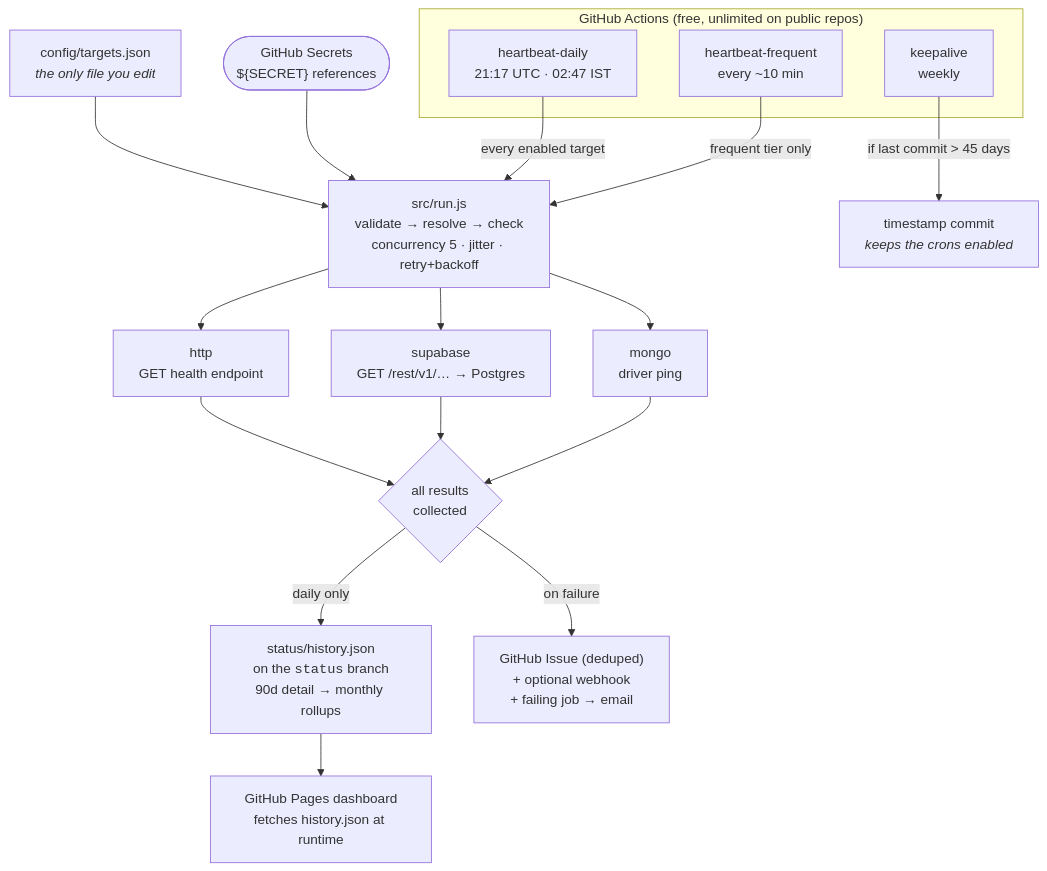
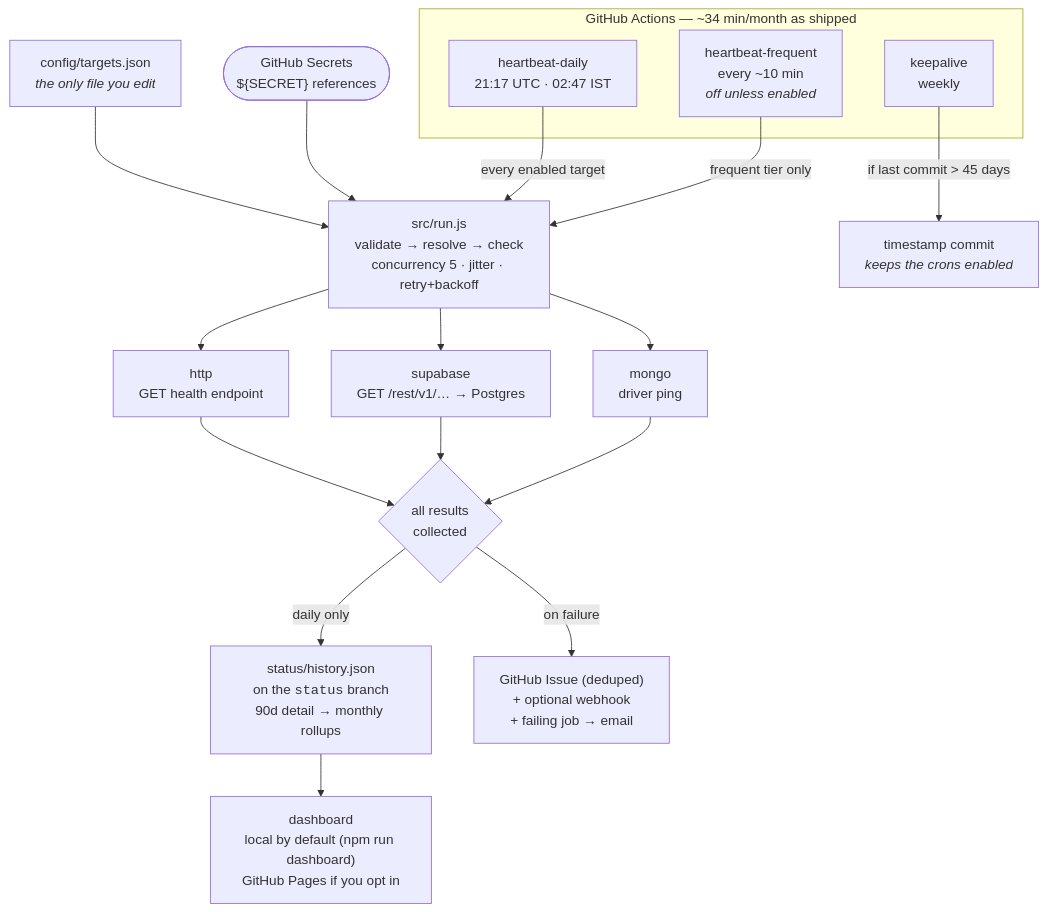
One commit to DevVaradPatil/Pulse---Keep-Alive-Project changed the diagram in README.md. Above: the diagram before and after it, drawn with Mermaid. The commit also changed other lines of this file and 1 other file, not shown here.

First line of the commit message:
docs: private and public modes, and correct the public-repo claim

````diff
--- a/README.md
+++ b/README.md
@@ -51,28 +55,28 @@
 ```mermaid
 flowchart TD
-    subgraph cron["GitHub Actions (free, unlimited on public repos)"]
+    subgraph cron["GitHub Actions — ~34 min/month as shipped"]
         D["heartbeat-daily<br/>21:17 UTC · 02:47 IST"]
-        F["heartbeat-frequent<br/>every ~10 min"]
+        F["heartbeat-frequent<br/>every ~10 min<br/><i>off unless enabled</i>"]
         K["keepalive<br/>weekly"]
     end
 
     C["config/targets.json<br/><i>the only file you edit</i>"]
     S(["GitHub Secrets<br/>${SECRET} references"])
 
     C --> R
     S --> R
     D -->|"every enabled target"| R["src/run.js<br/>validate → resolve → check<br/>concurrency 5 · jitter · retry+backoff"]
     F -->|"frequent tier only"| R
 
     R --> H["http<br/>GET health endpoint"]
     R --> SB["supabase<br/>GET /rest/v1/… → Postgres"]
     R --> MG["mongo<br/>driver ping"]
 
     H & SB & MG --> RES{"all results<br/>collected"}
 
     RES -->|"daily only"| HIST["status/history.json<br/>on the <code>status</code> branch<br/>90d detail → monthly rollups"]
     RES -->|"on failure"| AL["GitHub Issue (deduped)<br/>+ optional webhook<br/>+ failing job → email"]
-    HIST --> DASH["GitHub Pages dashboard<br/>fetches history.json at runtime"]
+    HIST --> DASH["dashboard<br/>local by default (npm run dashboard)<br/>GitHub Pages if you opt in"]
 
     K -->|"if last commit > 45 days"| COMMIT["timestamp commit<br/><i>keeps the crons enabled</i>"]
 ```
````
